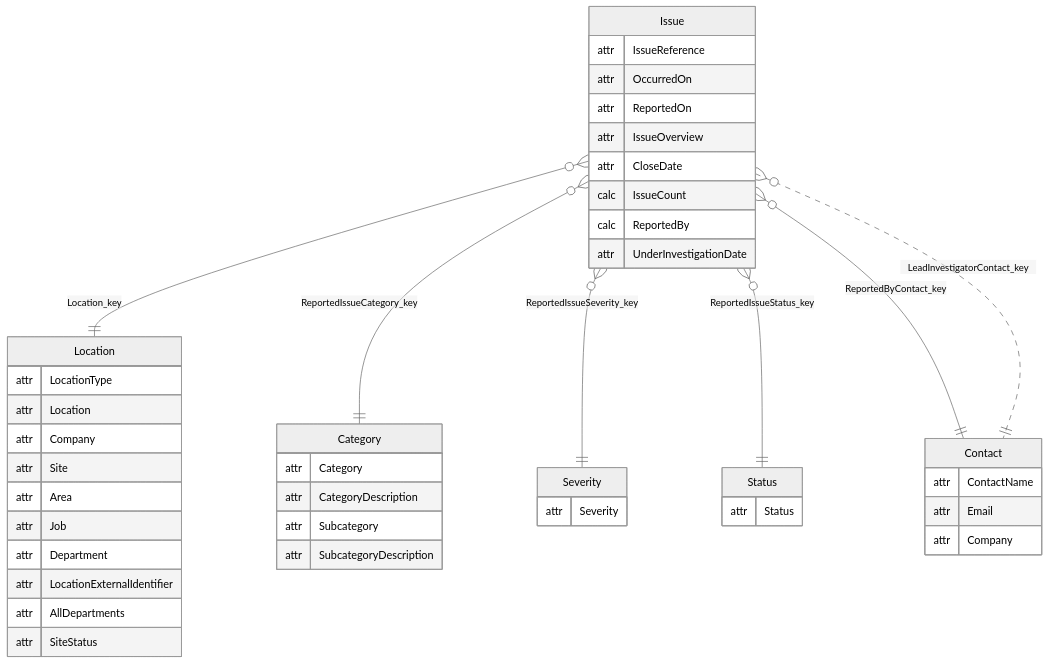
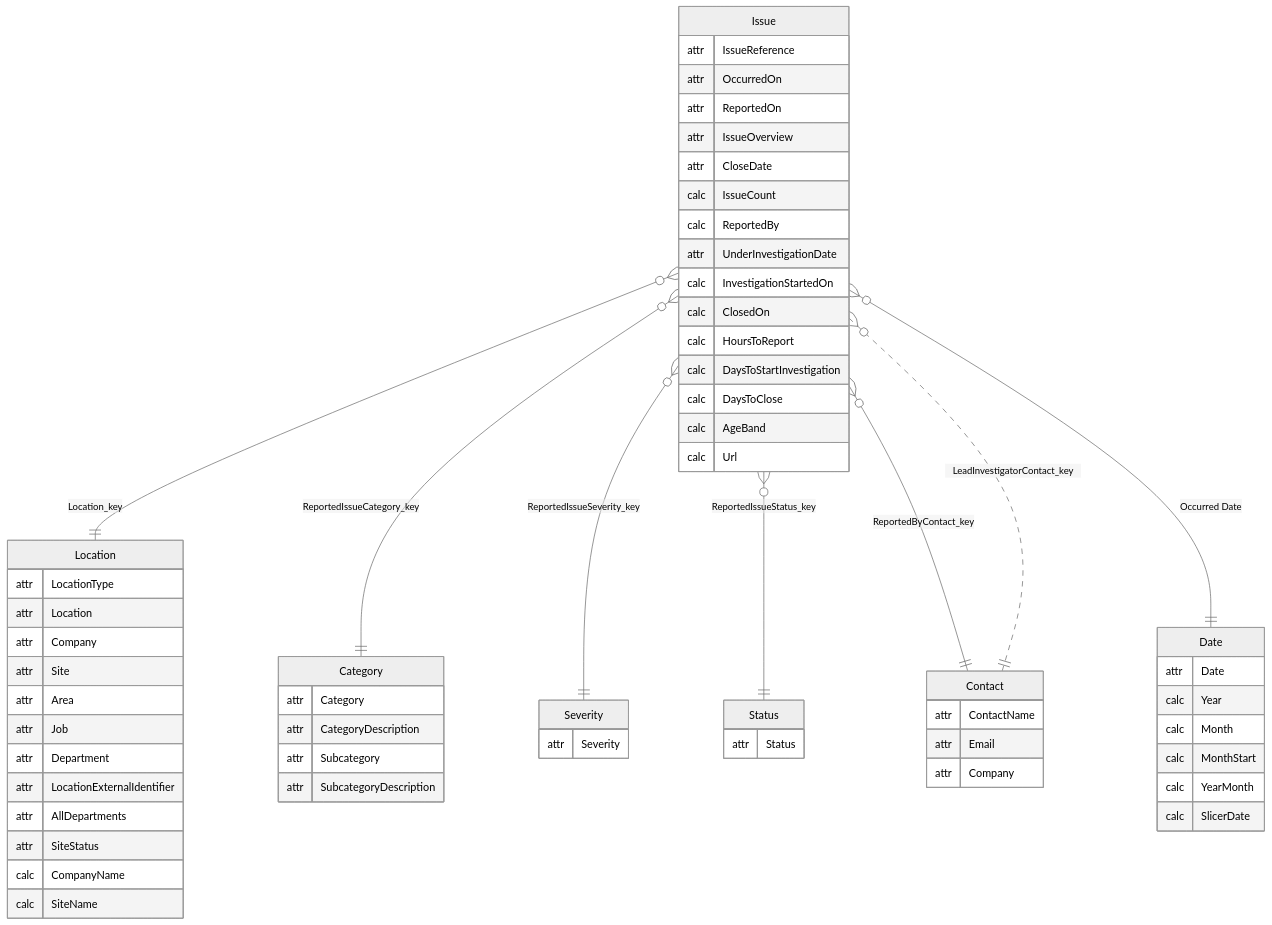
The first of 12 diagrams in PowerBISamplesModels/ReportedIssues.md (work-wallet/BIClient), drawn with Mermaid before and after one commit. The commit also changed other lines of this file and 816 other files, not shown here.

````diff
--- a/PowerBISamplesModels/ReportedIssues.md
+++ b/PowerBISamplesModels/ReportedIssues.md
@@ -7,52 +7,70 @@
 ```mermaid
 ---
 config:
   theme: neutral
 ---
 erDiagram
     "Issue" {
         attr IssueReference
         attr OccurredOn
         attr ReportedOn
         attr IssueOverview
         attr CloseDate
         calc IssueCount
         calc ReportedBy
         attr UnderInvestigationDate
+        calc InvestigationStartedOn
+        calc ClosedOn
+        calc HoursToReport
+        calc DaysToStartInvestigation
+        calc DaysToClose
+        calc AgeBand
+        calc Url
     }
     "Location" {
         attr LocationType
         attr Location
         attr Company
         attr Site
         attr Area
         attr Job
         attr Department
         attr LocationExternalIdentifier
         attr AllDepartments
         attr SiteStatus
+        calc CompanyName
+        calc SiteName
     }
     "Severity" {
         attr Severity
     }
     "Status" {
         attr Status
     }
     "Category" {
         attr Category
         attr CategoryDescription
         attr Subcategory
         attr SubcategoryDescription
     }
     "Contact" {
         attr ContactName
         attr Email
         attr Company
     }
+    "Date" {
+        attr Date
+        calc Year
+        calc Month
+        calc MonthStart
+        calc YearMonth
+        calc SlicerDate
+    }
     "Issue" }o--|| "Location" : "Location_key"
     "Issue" }o--|| "Category" : "ReportedIssueCategory_key"
     "Issue" }o--|| "Severity" : "ReportedIssueSeverity_key"
     "Issue" }o--|| "Status" : "ReportedIssueStatus_key"
     "Issue" }o--|| "Contact" : "ReportedByContact_key"
     "Issue" }o..|| "Contact" : "LeadInvestigatorContact_key"
+    "Issue" }o--|| "Date" : "Occurred Date"
 ```
````
